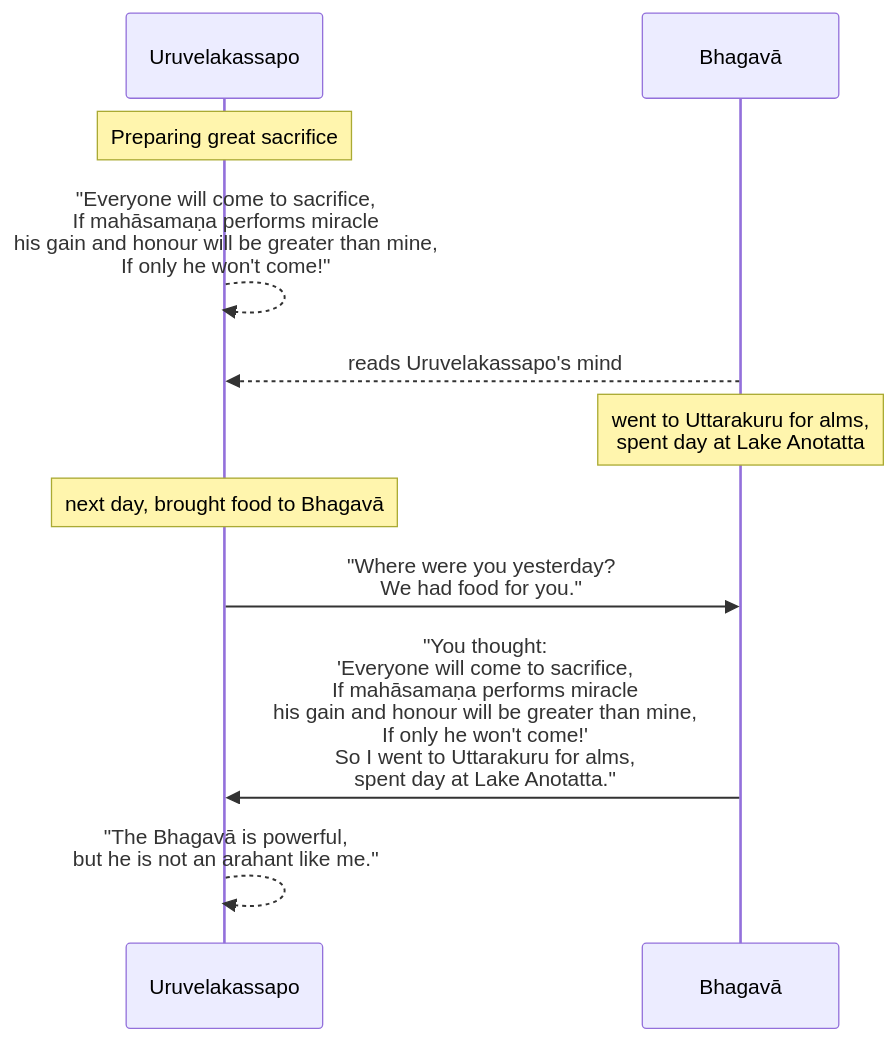
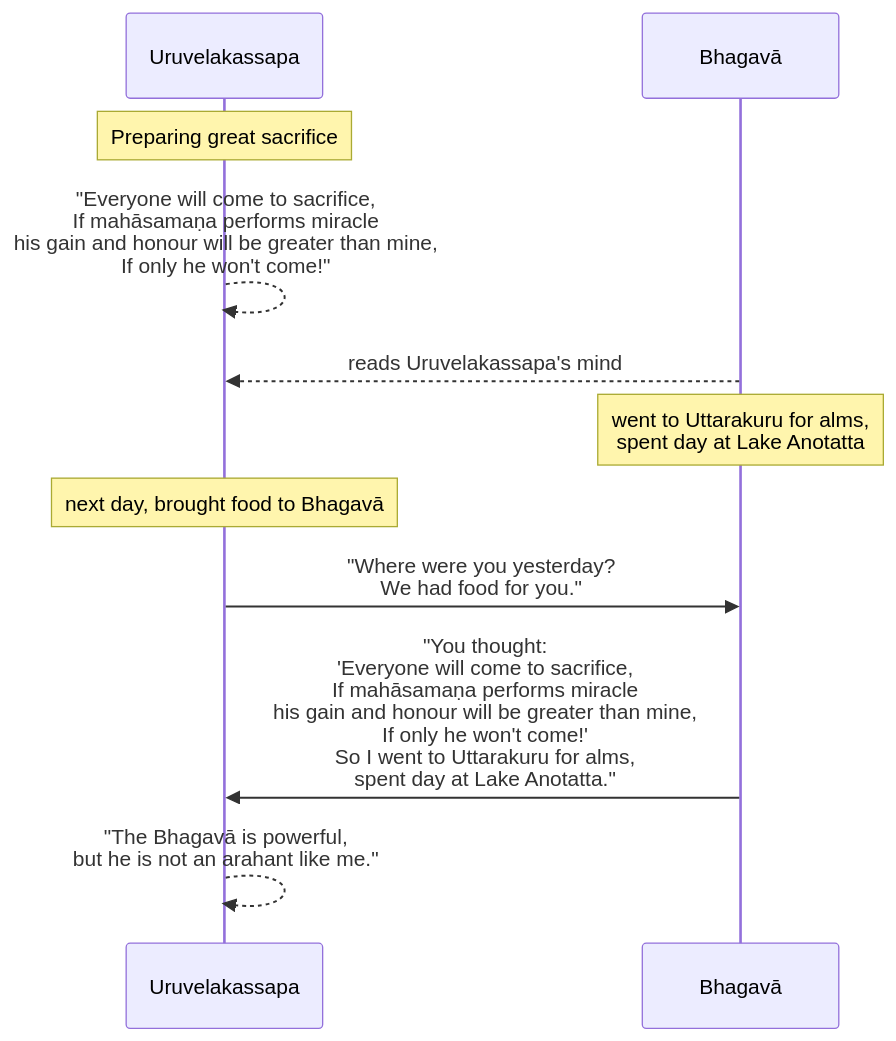
One commit to tidipa/tidipa.github.io changed the sixth of 16 diagrams in src/content/docs/khandhaka/1-12.mdx. Above: the diagram before and after it, drawn with Mermaid. The commit also changed other lines of this file and 48 other files, not shown here.

````diff
--- a/src/content/docs/khandhaka/1-12.mdx
+++ b/src/content/docs/khandhaka/1-12.mdx
@@ -112,13 +112,13 @@
 ```mermaid
 sequenceDiagram
-	participant A1 as Uruvelakassapo
+	participant A1 as Uruvelakassapa
 	participant B as Bhagavā
 	note over A1: Preparing great sacrifice
 	A1-->>A1: "Everyone will come to sacrifice,<br>If mahāsamaṇa performs miracle<br> his gain and honour will be greater than mine,<br>If only he won't come!"
-	B-->>A1: reads Uruvelakassapo's mind
+	B-->>A1: reads Uruvelakassapa's mind
 	note over B: went to Uttarakuru for alms,<br>spent day at Lake Anotatta
 	note over A1: next day, brought food to Bhagavā
 	A1->>B: "Where were you yesterday?<br>We had food for you."
 	B->>A1: "You thought:<br>'Everyone will come to sacrifice,<br>If mahāsamaṇa performs miracle<br> his gain and honour will be greater than mine,<br>If only he won't come!'<br>So I went to Uttarakuru for alms,<br>spent day at Lake Anotatta."
 	A1-->>A1: "The Bhagavā is powerful, <br>but he is not an arahant like me."
 ```
````
